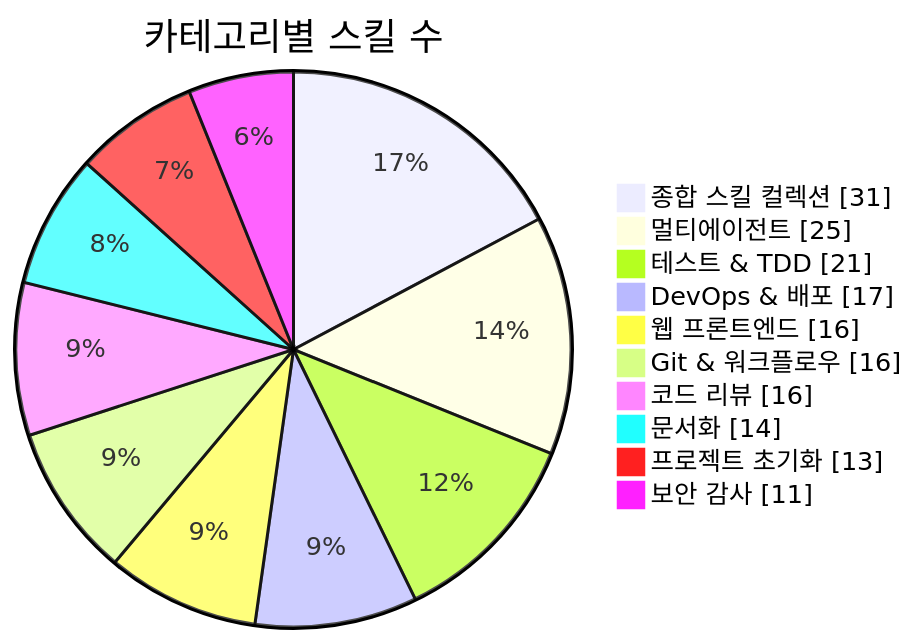
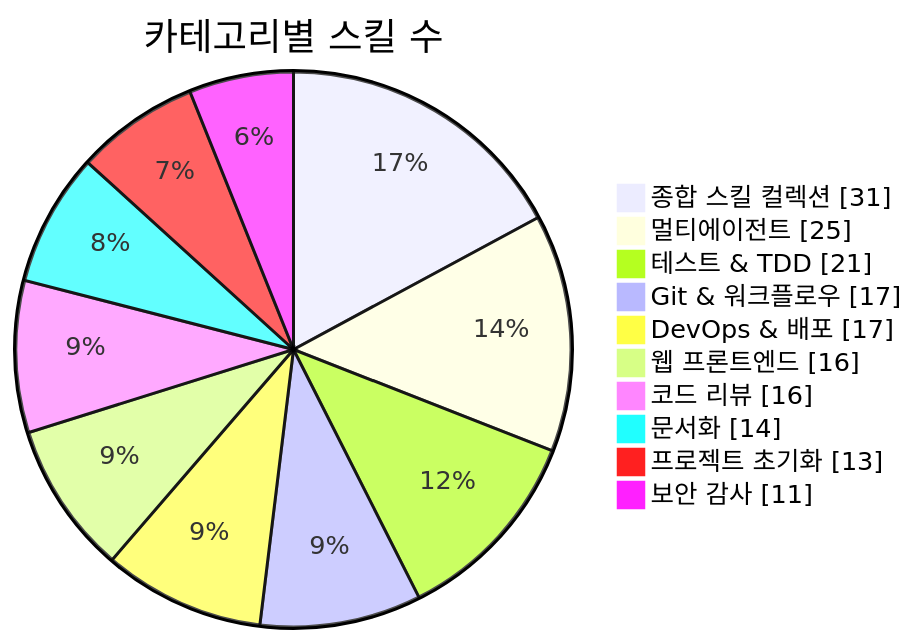
One commit to J-nowcow/awesome-korean-agent-skills changed the first of 3 diagrams in README.md. Above: the diagram before and after it, drawn with Mermaid. The commit also changed other lines of this file and 6 other files, not shown here.

````diff
--- a/README.md
+++ b/README.md
@@ -176,14 +176,14 @@
 ```mermaid
 pie showData
     title 카테고리별 스킬 수
     "종합 스킬 컬렉션" : 31
     "멀티에이전트" : 25
     "테스트 & TDD" : 21
+    "Git & 워크플로우" : 17
     "DevOps & 배포" : 17
     "웹 프론트엔드" : 16
-    "Git & 워크플로우" : 16
     "코드 리뷰" : 16
     "문서화" : 14
     "프로젝트 초기화" : 13
     "보안 감사" : 11
 ```
````
